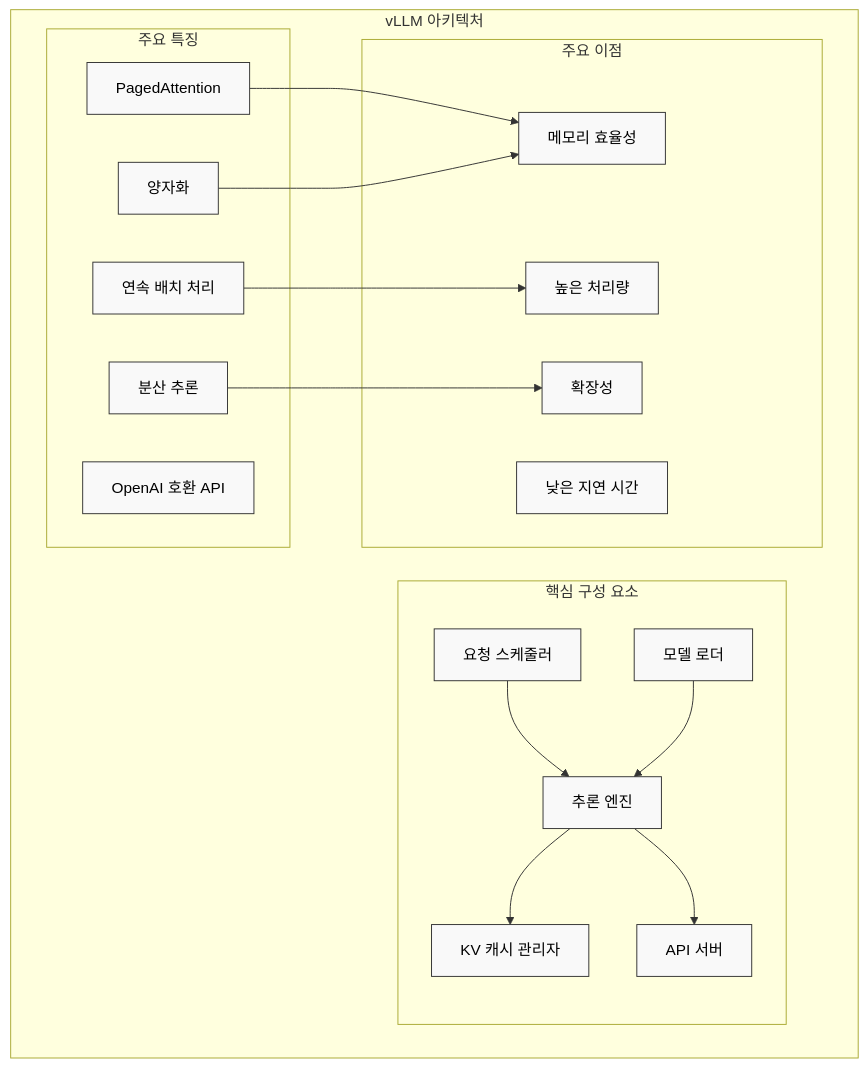
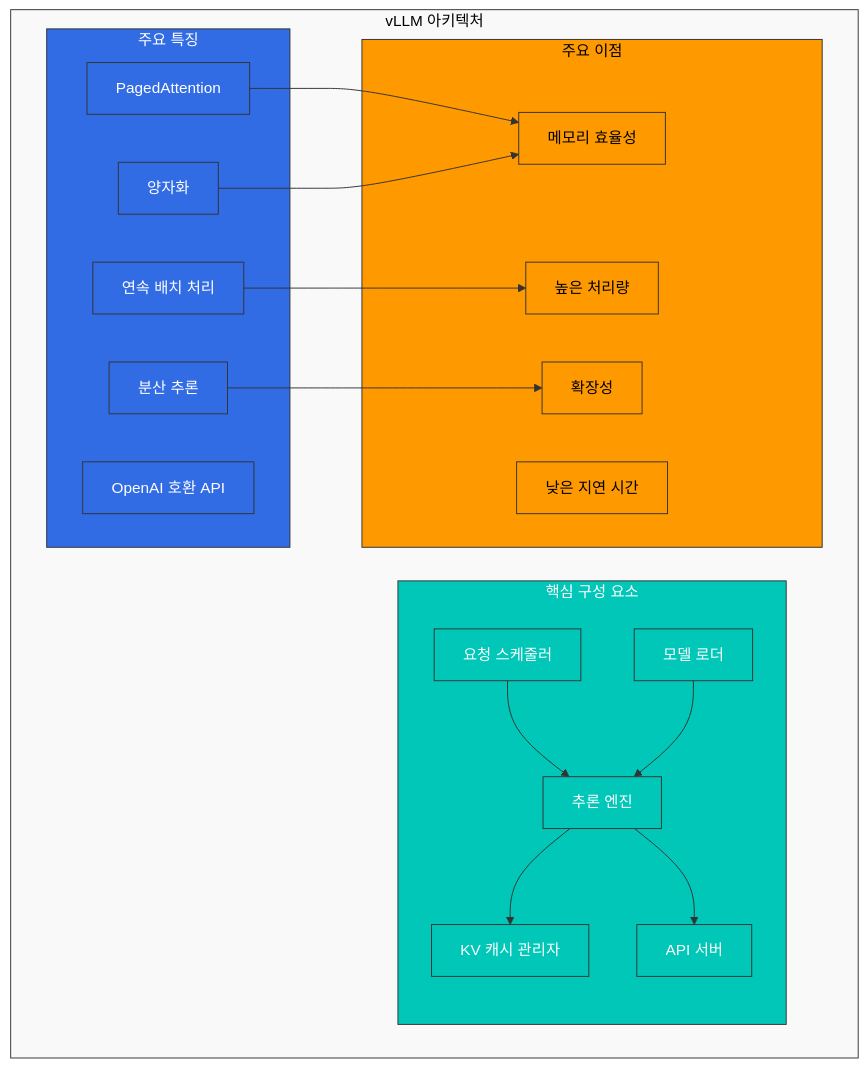
The first of 8 diagrams in ko/ai-ml/02-vllm-deployment.md (Atom-oh/kubernetes-docs), drawn with Mermaid before and after one commit. The commit also changed 23 other files, not shown here.

First line of the commit message:
docs: fix Mermaid rendering, broken links, and outdated versions

````diff
--- a/ko/ai-ml/02-vllm-deployment.md
+++ b/ko/ai-ml/02-vllm-deployment.md
@@ -33,42 +33,46 @@
 ```mermaid
 flowchart TD
     subgraph vLLM [vLLM 아키텍처]
         subgraph Features [주요 특징]
             PagedAttention[PagedAttention]
             ContinuousBatching[연속 배치 처리]
             DistributedInference[분산 추론]
             Quantization[양자화]
             OpenAIAPI[OpenAI 호환 API]
         end
         
         subgraph Components [핵심 구성 요소]
             Engine[추론 엔진]
             Scheduler[요청 스케줄러]
             KVCache[KV 캐시 관리자]
             ModelLoader[모델 로더]
             APIServer[API 서버]
         end
         
         subgraph Benefits [주요 이점]
             MemoryEfficiency[메모리 효율성]
             HighThroughput[높은 처리량]
             LowLatency[낮은 지연 시간]
             Scalability[확장성]
         end
     end
     
     PagedAttention --> MemoryEfficiency
     ContinuousBatching --> HighThroughput
     DistributedInference --> Scalability
     Quantization --> MemoryEfficiency
     
     Engine --> KVCache
     Scheduler --> Engine
     ModelLoader --> Engine
     Engine --> APIServer
     
     classDef featureNode fill:#326CE5,stroke:#333,stroke-width:1px,color:white;
     classDef componentNode fill:#00C7B7,stroke:#333,stroke-width:1px,color:white;
     classDef benefitNode fill:#FF9900,stroke:#333,stroke-width:1px,color:black;
     classDef default fill:#f9f9f9,stroke:#333,stroke-width:1px,color:black;
+    class PagedAttention,ContinuousBatching,DistributedInference,Quantization,OpenAIAPI,Features featureNode;
+    class Engine,Scheduler,KVCache,ModelLoader,APIServer,Components componentNode;
+    class MemoryEfficiency,HighThroughput,LowLatency,Scalability,Benefits benefitNode;
+    class vLLM default;
 ```
````
